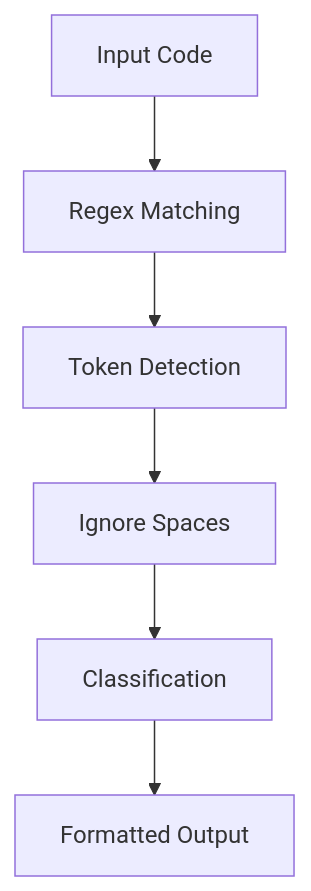
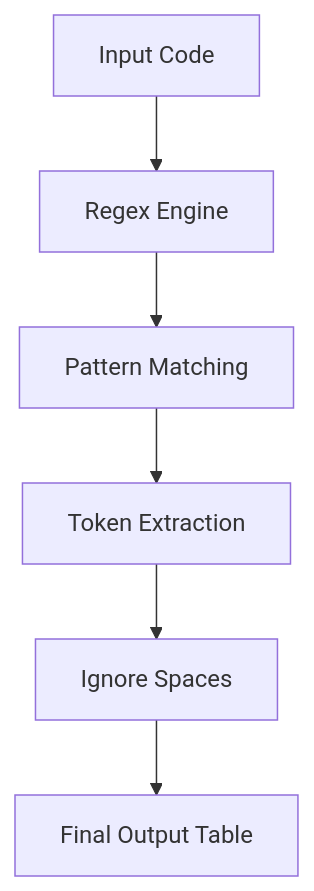
Before and after one commit to Zishan-125/Compiler_Design: the second of 2 diagrams in README.md, drawn with Mermaid. The commit also changed other lines of this file, not shown here.

````diff
--- a/README.md
+++ b/README.md
@@ -127,8 +141,8 @@
 ```mermaid
 flowchart TD
-A[Input Code] --> B[Regex Matching]
-B --> C[Token Detection]
-C --> D[Ignore Spaces]
-D --> E[Classification]
-E --> F[Formatted Output]
+A[Input Code] --> B[Regex Engine]
+B --> C[Pattern Matching]
+C --> D[Token Extraction]
+D --> E[Ignore Spaces]
+E --> F[Final Output Table]
 ```
````
